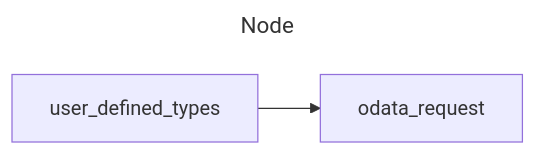
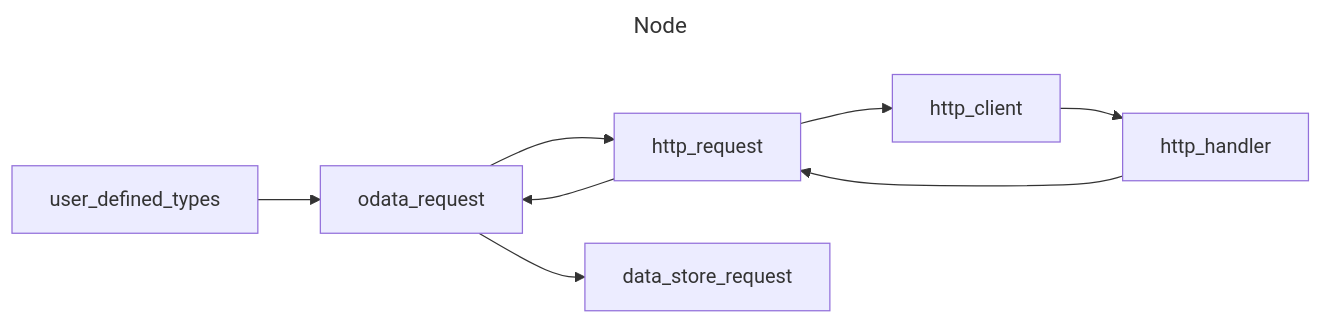
One commit to OData/odata.net changed the first of 3 diagrams in docs/architecture.md. Above: the diagram before and after it, drawn with Mermaid.

````diff
--- a/docs/architecture.md
+++ b/docs/architecture.md
@@ -221,9 +221,19 @@
 ```mermaid
 ---
 title: Node
 ---
 flowchart LR
     user_defined_types
     odata_request
+    http_request
+    http_client
+    http_handler
+    data_store_request
     user_defined_types --> odata_request
+    odata_request --> http_request
+    http_request --> http_client
+    http_client --> http_handler
+    http_handler --> http_request
+    http_request --> odata_request
+    odata_request --> data_store_request
 ```
````
